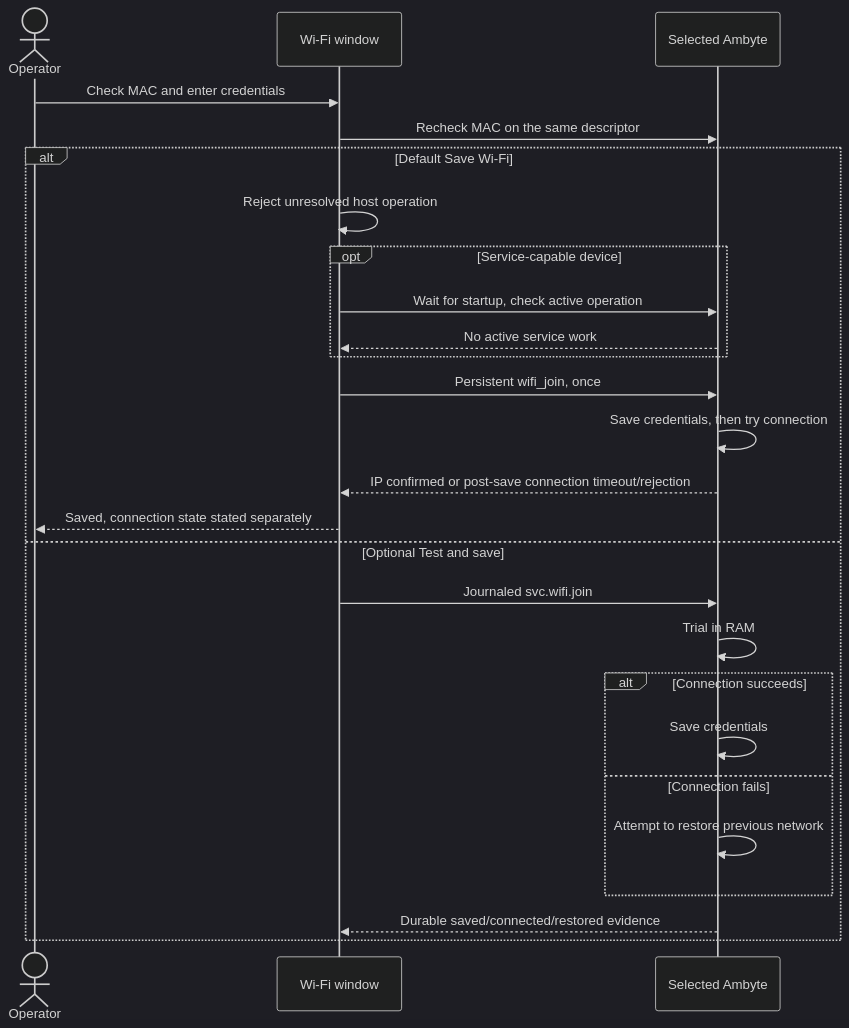
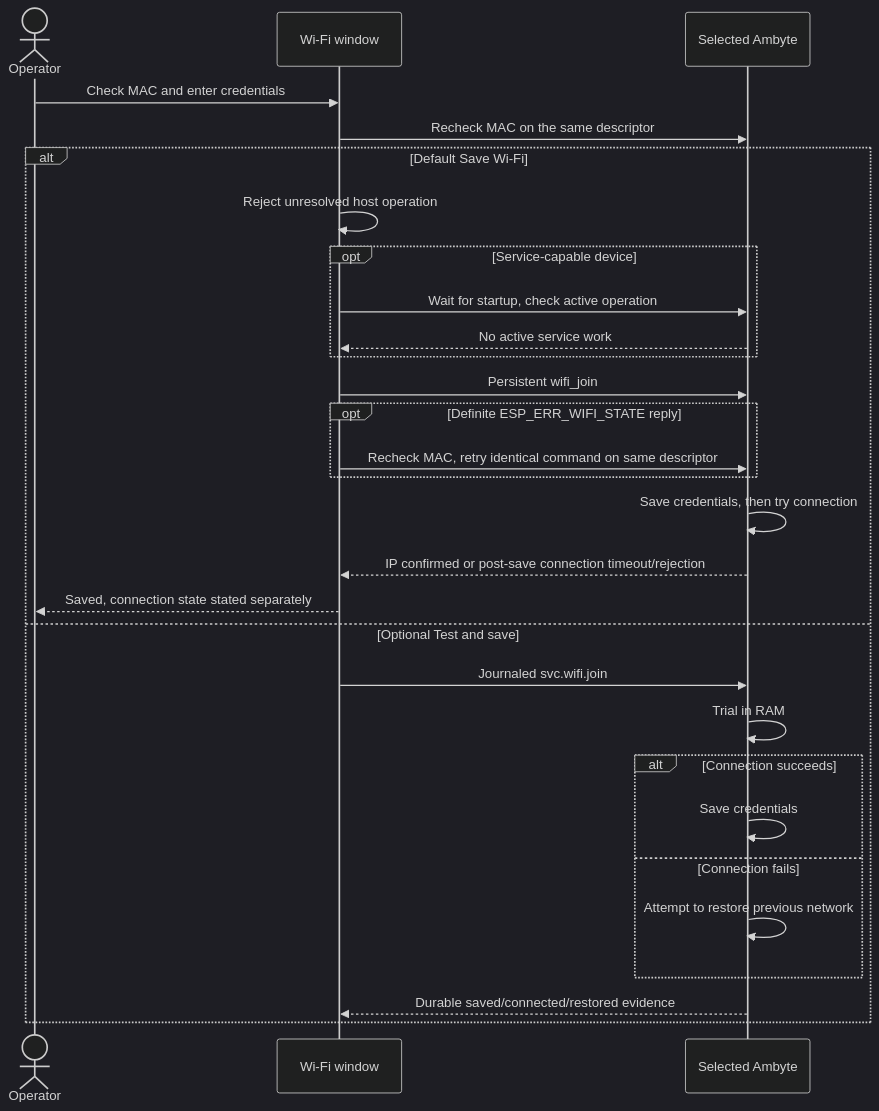
Before and after one commit to Jan-IngenHousz-Institute/ambyte-iot: the first of 2 diagrams in docs/usb-wifi-settings.md, drawn with Mermaid (dark theme). The commit also changed other lines of this file and 8 other files, not shown here.

````diff
--- a/docs/usb-wifi-settings.md
+++ b/docs/usb-wifi-settings.md
@@ -52,28 +52,31 @@
 ```mermaid
 sequenceDiagram
     actor Operator
     participant GUI as Wi-Fi window
     participant USB as Selected Ambyte
     Operator->>GUI: Check MAC and enter credentials
     GUI->>USB: Recheck MAC on the same descriptor
     alt Default Save Wi-Fi
         GUI->>GUI: Reject unresolved host operation
         opt Service-capable device
             GUI->>USB: Wait for startup, check active operation
             USB-->>GUI: No active service work
         end
-        GUI->>USB: Persistent wifi_join, once
+        GUI->>USB: Persistent wifi_join
+        opt Definite ESP_ERR_WIFI_STATE reply
+            GUI->>USB: Recheck MAC, retry identical command on same descriptor
+        end
         USB->>USB: Save credentials, then try connection
         USB-->>GUI: IP confirmed or post-save connection timeout/rejection
         GUI-->>Operator: Saved, connection state stated separately
     else Optional Test and save
         GUI->>USB: Journaled svc.wifi.join
         USB->>USB: Trial in RAM
         alt Connection succeeds
             USB->>USB: Save credentials
         else Connection fails
             USB->>USB: Attempt to restore previous network
         end
         USB-->>GUI: Durable saved/connected/restored evidence
     end
 ```
````
